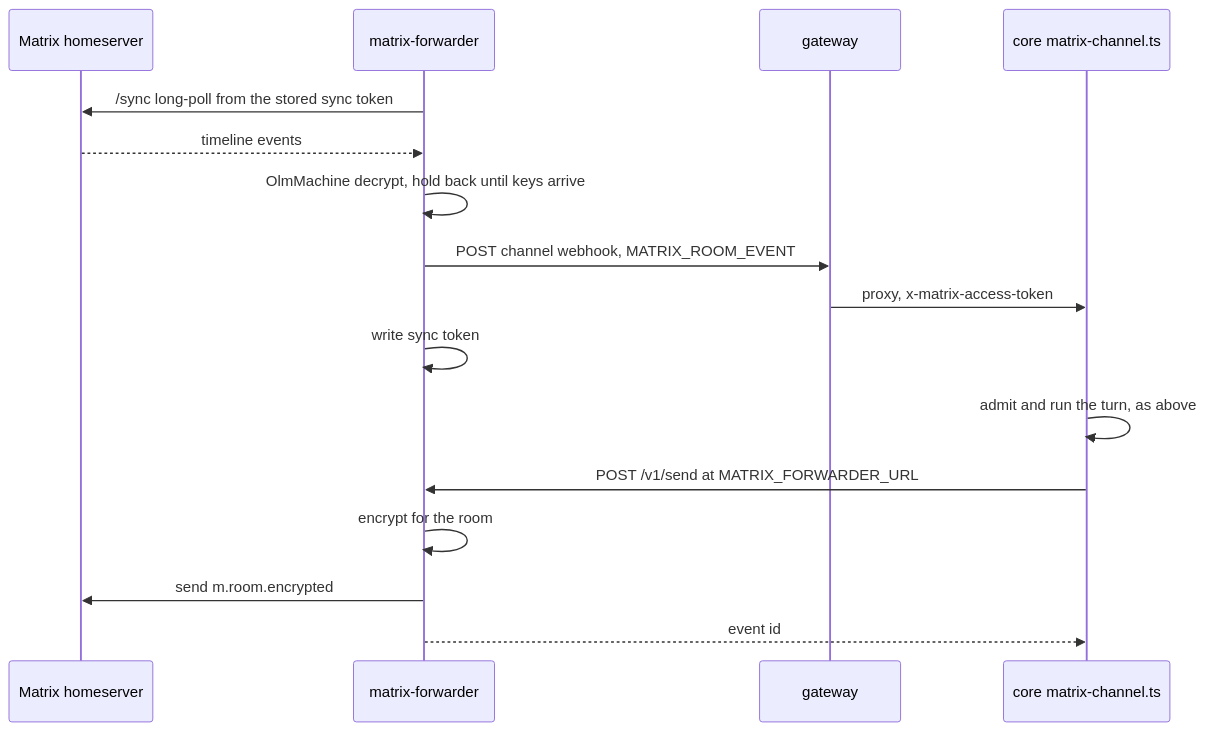
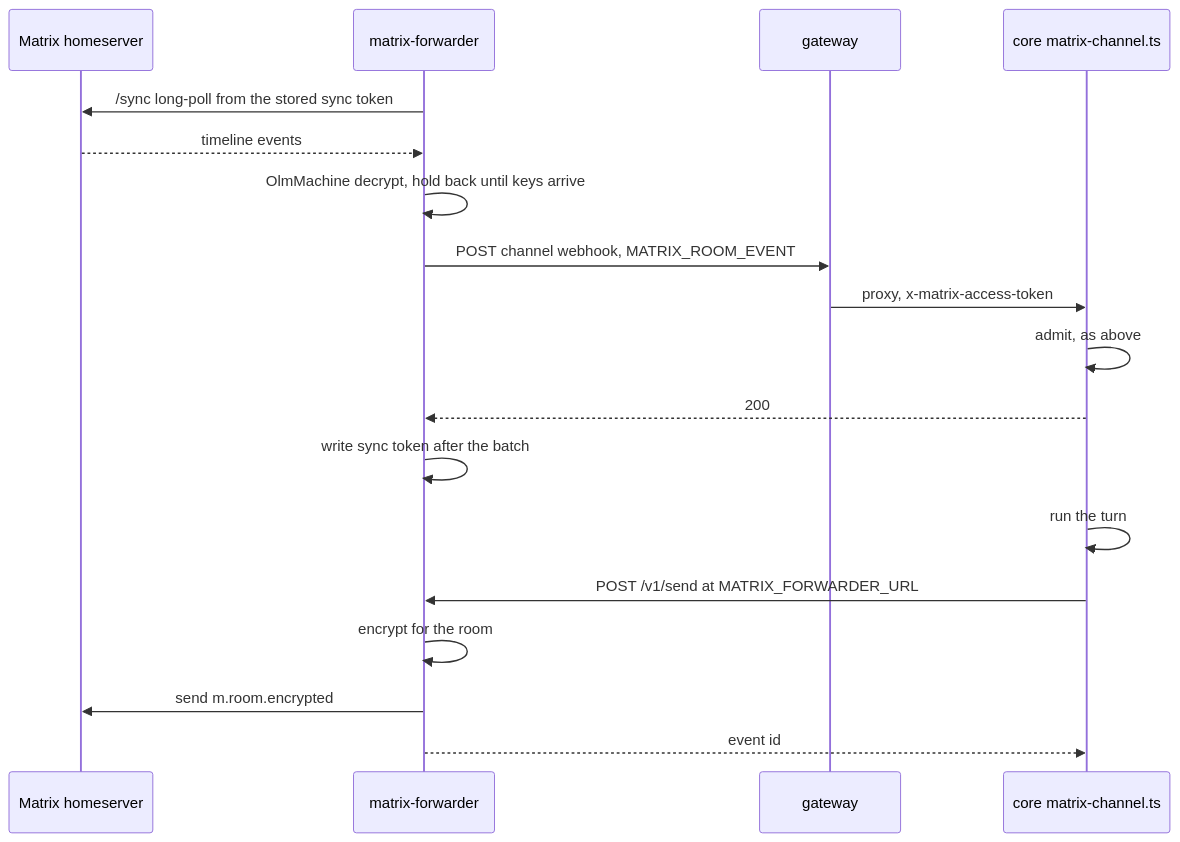
One commit to beeblastco/broods changed the fourth of 4 diagrams in apps/docs/docs/internals/channels.md. Above: the diagram before and after it, drawn with Mermaid. The commit also changed other lines of this file and 8 other files, not shown here.

First line of the commit message:
docs: fix internals diagrams that disagreed with the code

````diff
--- a/apps/docs/docs/internals/channels.md
+++ b/apps/docs/docs/internals/channels.md
@@ -260,19 +261,21 @@
 ```mermaid
 sequenceDiagram
   participant HS as Matrix homeserver
   participant F as matrix-forwarder
   participant G as gateway
   participant C as core matrix-channel.ts
 
   F->>HS: /sync long-poll from the stored sync token
   HS-->>F: timeline events
   F->>F: OlmMachine decrypt, hold back until keys arrive
   F->>G: POST channel webhook, MATRIX_ROOM_EVENT
   G->>C: proxy, x-matrix-access-token
-  F->>F: write sync token
-  C->>C: admit and run the turn, as above
+  C->>C: admit, as above
+  C-->>F: 200
+  F->>F: write sync token after the batch
+  C->>C: run the turn
   C->>F: POST /v1/send at MATRIX_FORWARDER_URL
   F->>F: encrypt for the room
   F->>HS: send m.room.encrypted
   F-->>C: event id
 ```
````
